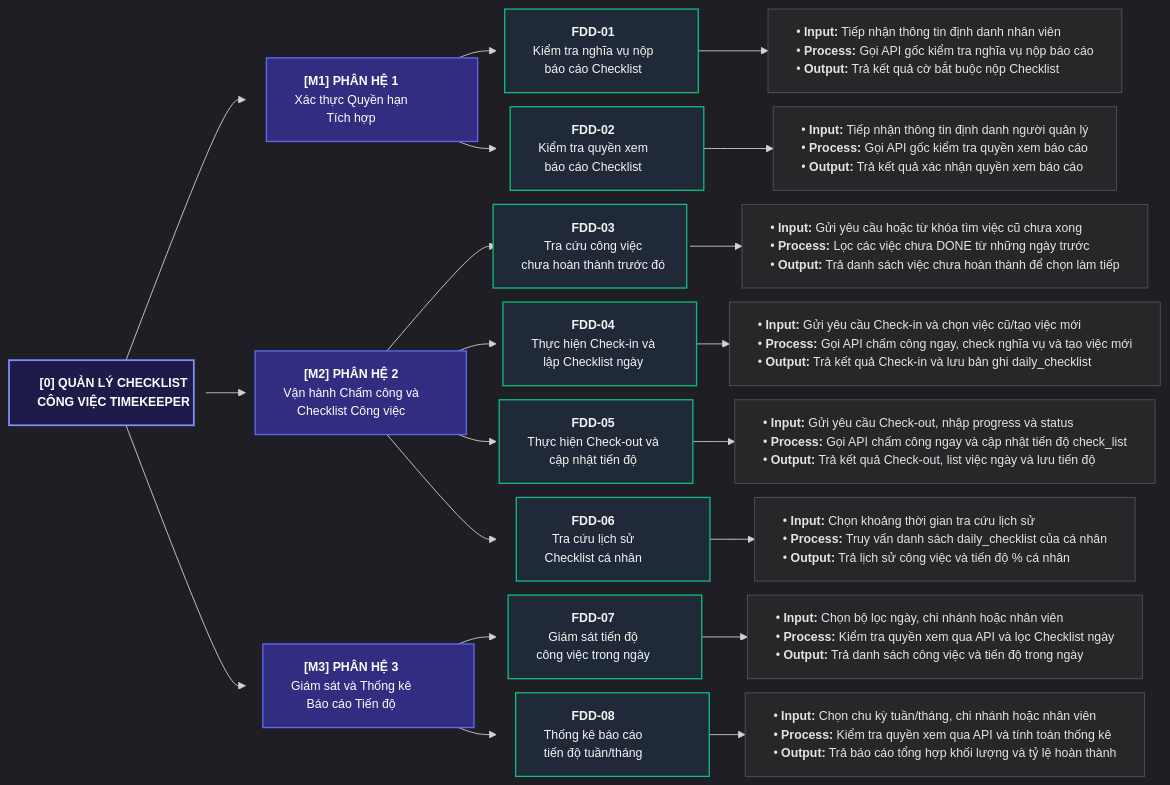
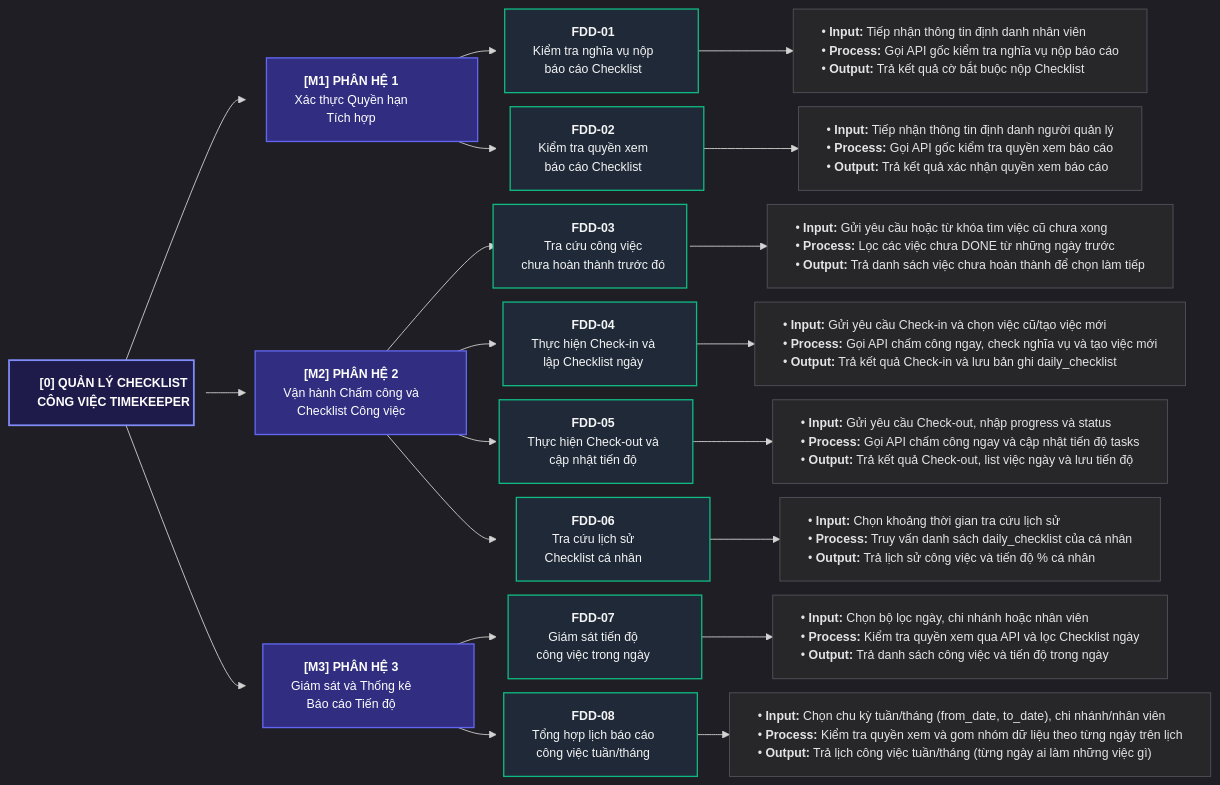
The diagram in md/analysis/4-fdd-and-rbac.md (hungnm3112/project-timekeeper), drawn with Mermaid before and after one commit. The commit also changed other lines of this file and 9 other files, not shown here.

First line of the commit message:
docs(api): hoan thien dac ta api 01 07 08 va dong bo schema tasks content

````diff
--- a/md/analysis/4-fdd-and-rbac.md
+++ b/md/analysis/4-fdd-and-rbac.md
@@ -24,64 +24,64 @@
 ```mermaid
 %%{init: {
   'theme': 'dark',
   'themeVariables': { 'fontSize': '14px' },
   'flowchart': {
     'rankSpacing': 45,
     'nodeSpacing': 16,
     'padding': 16
   }
 }}%%
 flowchart LR
     %% Cấp 0: Root Node
     ROOT["<b>[0] QUẢN LÝ CHECKLIST<br/>CÔNG VIỆC TIMEKEEPER</b>"]
 
     %% Cấp 1: Các Phân hệ lớn (Động từ + Danh từ)
     M1["<b>[M1] PHÂN HỆ 1</b><br/>Xác thực Quyền hạn<br/>Tích hợp"]
     M2["<b>[M2] PHÂN HỆ 2</b><br/>Vận hành Chấm công và<br/>Checklist Công việc"]
     M3["<b>[M3] PHÂN HỆ 3</b><br/>Giám sát và Thống kê<br/>Báo cáo Tiến độ"]
 
     ROOT --> M1
     ROOT --> M2
     ROOT --> M3
 
     %% Cấp 2: Chức năng nghiệp vụ đơn nhiệm (Động từ + Danh từ)
     F01["<b>FDD-01</b><br/>Kiểm tra nghĩa vụ nộp<br/>báo cáo Checklist"]
     F02["<b>FDD-02</b><br/>Kiểm tra quyền xem<br/>báo cáo Checklist"]
     M1 --> F01
     M1 --> F02
 
     F03["<b>FDD-03</b><br/>Tra cứu công việc<br/>chưa hoàn thành trước đó"]
     F04["<b>FDD-04</b><br/>Thực hiện Check-in và<br/>lập Checklist ngày"]
     F05["<b>FDD-05</b><br/>Thực hiện Check-out và<br/>cập nhật tiến độ"]
     F06["<b>FDD-06</b><br/>Tra cứu lịch sử<br/>Checklist cá nhân"]
     M2 --> F03
     M2 --> F04
     M2 --> F05
     M2 --> F06
 
     F07["<b>FDD-07</b><br/>Giám sát tiến độ<br/>công việc trong ngày"]
-    F08["<b>FDD-08</b><br/>Thống kê báo cáo<br/>tiến độ tuần/tháng"]
+    F08["<b>FDD-08</b><br/>Tổng hợp lịch báo cáo<br/>công việc tuần/tháng"]
     M3 --> F07
     M3 --> F08
 
     %% Cấp 3: Tác vụ chi tiết - Nhịp IPO (Động từ + Danh từ)
     F01 --> IPO01["• <b>Input:</b> Tiếp nhận thông tin định danh nhân viên<br/>• <b>Process:</b> Gọi API gốc kiểm tra nghĩa vụ nộp báo cáo<br/>• <b>Output:</b> Trả kết quả cờ bắt buộc nộp Checklist"]
     F02 --> IPO02["• <b>Input:</b> Tiếp nhận thông tin định danh người quản lý<br/>• <b>Process:</b> Gọi API gốc kiểm tra quyền xem báo cáo<br/>• <b>Output:</b> Trả kết quả xác nhận quyền xem báo cáo"]
     F03 --> IPO03["• <b>Input:</b> Gửi yêu cầu hoặc từ khóa tìm việc cũ chưa xong<br/>• <b>Process:</b> Lọc các việc chưa DONE từ những ngày trước<br/>• <b>Output:</b> Trả danh sách việc chưa hoàn thành để chọn làm tiếp"]
     F04 --> IPO04["• <b>Input:</b> Gửi yêu cầu Check-in và chọn việc cũ/tạo việc mới<br/>• <b>Process:</b> Gọi API chấm công ngay, check nghĩa vụ và tạo việc mới<br/>• <b>Output:</b> Trả kết quả Check-in và lưu bản ghi daily_checklist"]
-    F05 --> IPO05["• <b>Input:</b> Gửi yêu cầu Check-out, nhập progress và status<br/>• <b>Process:</b> Gọi API chấm công ngay và cập nhật tiến độ check_list<br/>• <b>Output:</b> Trả kết quả Check-out, list việc ngày và lưu tiến độ"]
+    F05 --> IPO05["• <b>Input:</b> Gửi yêu cầu Check-out, nhập progress và status<br/>• <b>Process:</b> Gọi API chấm công ngay và cập nhật tiến độ tasks<br/>• <b>Output:</b> Trả kết quả Check-out, list việc ngày và lưu tiến độ"]
     F06 --> IPO06["• <b>Input:</b> Chọn khoảng thời gian tra cứu lịch sử<br/>• <b>Process:</b> Truy vấn danh sách daily_checklist của cá nhân<br/>• <b>Output:</b> Trả lịch sử công việc và tiến độ % cá nhân"]
     F07 --> IPO07["• <b>Input:</b> Chọn bộ lọc ngày, chi nhánh hoặc nhân viên<br/>• <b>Process:</b> Kiểm tra quyền xem qua API và lọc Checklist ngày<br/>• <b>Output:</b> Trả danh sách công việc và tiến độ trong ngày"]
-    F08 --> IPO08["• <b>Input:</b> Chọn chu kỳ tuần/tháng, chi nhánh hoặc nhân viên<br/>• <b>Process:</b> Kiểm tra quyền xem qua API và tính toán thống kê<br/>• <b>Output:</b> Trả báo cáo tổng hợp khối lượng và tỷ lệ hoàn thành"]
+    F08 --> IPO08["• <b>Input:</b> Chọn chu kỳ tuần/tháng (from_date, to_date), chi nhánh/nhân viên<br/>• <b>Process:</b> Kiểm tra quyền xem và gom nhóm dữ liệu theo từng ngày trên lịch<br/>• <b>Output:</b> Trả lịch công việc tuần/tháng (từng ngày ai làm những việc gì)"]
 
     %% Cố định kích thước khung và độ rộng 4 cột
     classDef rootNode fill:#1e1b4b,stroke:#818cf8,stroke-width:2px,color:#ffffff,width:210px;
     classDef moduleNode fill:#312e81,stroke:#6366f1,stroke-width:1.5px,color:#ffffff,width:240px;
     classDef funcNode fill:#1f2937,stroke:#10b981,stroke-width:1.5px,color:#f4f4f5,width:220px;
     classDef ipoNode fill:#27272a,stroke:#52525b,stroke-width:1px,color:#e4e4e7,text-align:left,white-space:nowrap;
 
     class ROOT rootNode;
     class M1,M2,M3 moduleNode;
     class F01,F02,F03,F04,F05,F06,F07,F08 funcNode;
     class IPO01,IPO02,IPO03,IPO04,IPO05,IPO06,IPO07,IPO08 ipoNode;
 ```
````
